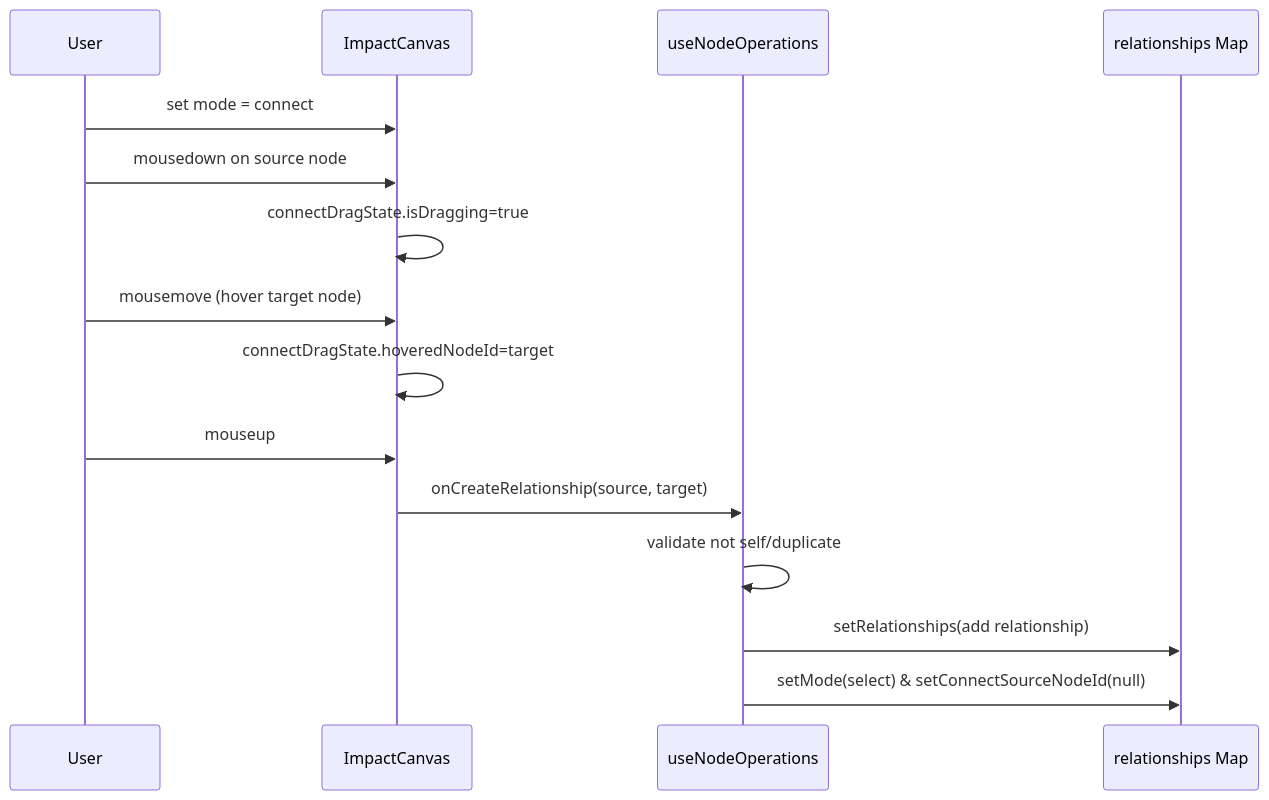
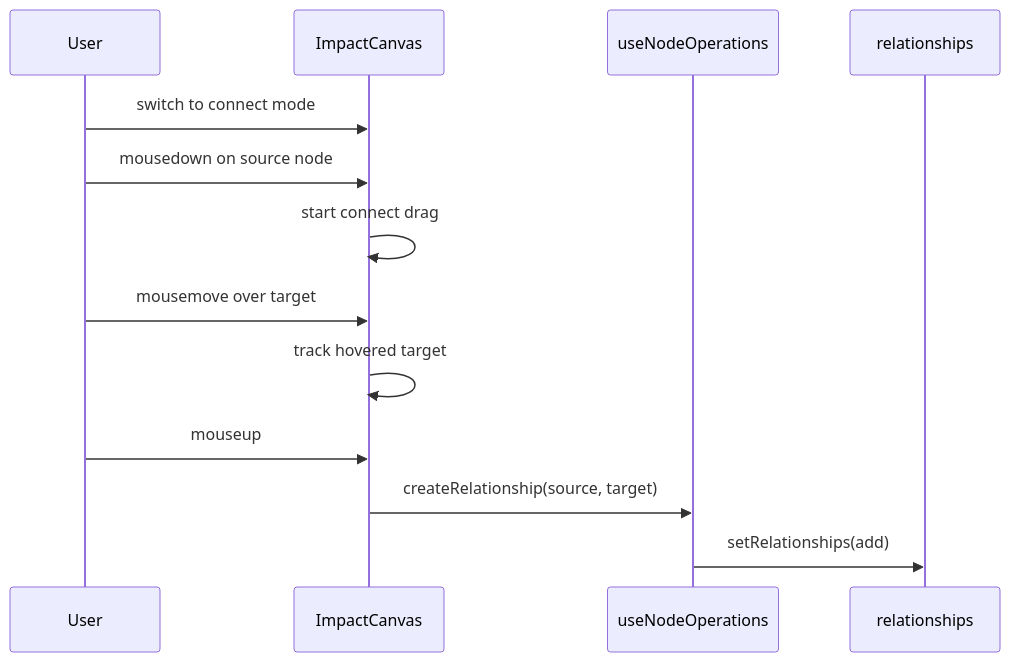
The sixth of 8 diagrams in docs/ARCHITECTURE.md (willis7/impact-tree-builder), drawn with Mermaid before and after one commit. The commit also changed other lines of this file, not shown here.

Commit message:
docs: fix mermaid diagram syntax

````diff
--- a/docs/ARCHITECTURE.md
+++ b/docs/ARCHITECTURE.md
@@ -353,20 +352,18 @@
 ```mermaid
 sequenceDiagram
   participant User
   participant ImpactCanvas
   participant NodeOps as useNodeOperations
-  participant State as relationships Map
+  participant Relationships as relationships
 
-  User->>ImpactCanvas: set mode = connect
+  User->>ImpactCanvas: switch to connect mode
   User->>ImpactCanvas: mousedown on source node
-  ImpactCanvas->>ImpactCanvas: connectDragState.isDragging=true
+  ImpactCanvas->>ImpactCanvas: start connect drag
 
-  User->>ImpactCanvas: mousemove (hover target node)
-  ImpactCanvas->>ImpactCanvas: connectDragState.hoveredNodeId=target
+  User->>ImpactCanvas: mousemove over target
+  ImpactCanvas->>ImpactCanvas: track hovered target
 
   User->>ImpactCanvas: mouseup
-  ImpactCanvas->>NodeOps: onCreateRelationship(source, target)
-  NodeOps->>NodeOps: validate not self/duplicate
-  NodeOps->>State: setRelationships(add relationship)
-  NodeOps->>State: setMode(select) & setConnectSourceNodeId(null)
+  ImpactCanvas->>NodeOps: createRelationship(source, target)
+  NodeOps->>Relationships: setRelationships(add)
 ```
````
